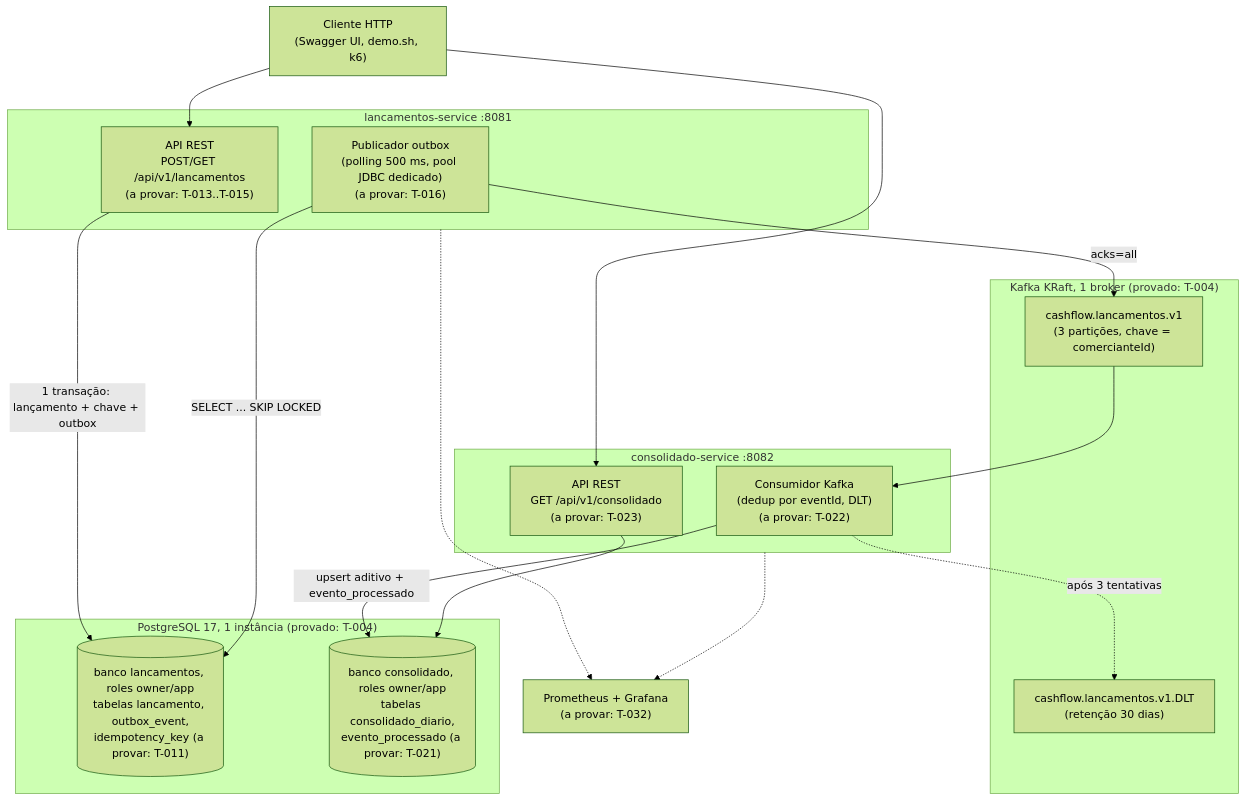
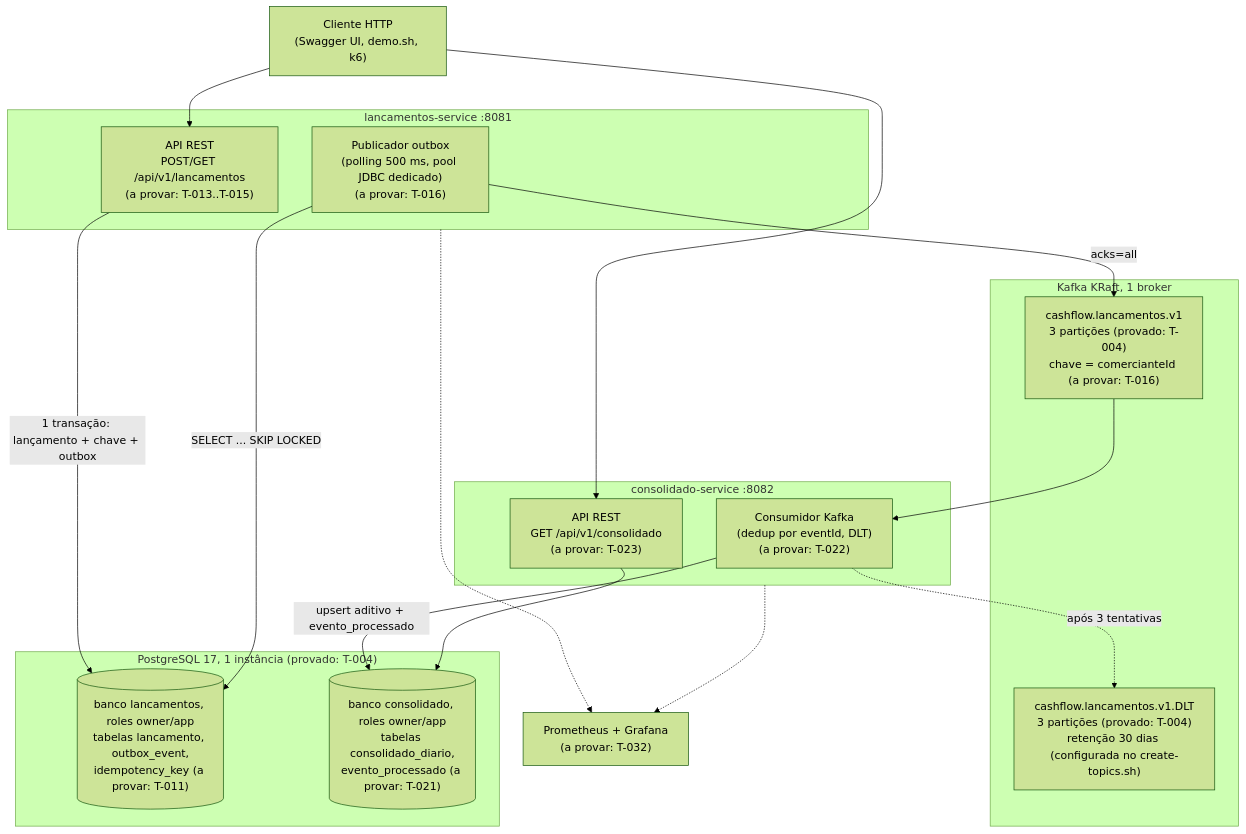
The second of 4 diagrams in docs/architecture/architecture.md (VictorLeaSilva/cashflow-platform), drawn with Mermaid (forest theme) before and after one commit. The commit also changed other lines of this file and 6 other files, not shown here.

````diff
--- a/docs/architecture/architecture.md
+++ b/docs/architecture/architecture.md
@@ -74,38 +74,38 @@
 ```mermaid
 flowchart TB
     cli["Cliente HTTP<br/>(Swagger UI, demo.sh, k6)"]
 
     subgraph L["lancamentos-service :8081"]
       lapi["API REST<br/>POST/GET /api/v1/lancamentos<br/>(a provar: T-013..T-015)"]
       lpub["Publicador outbox<br/>(polling 500 ms, pool JDBC dedicado)<br/>(a provar: T-016)"]
     end
 
     subgraph C["consolidado-service :8082"]
       capi["API REST<br/>GET /api/v1/consolidado<br/>(a provar: T-023)"]
       ccons["Consumidor Kafka<br/>(dedup por eventId, DLT)<br/>(a provar: T-022)"]
     end
 
     subgraph PG["PostgreSQL 17, 1 instância (provado: T-004)"]
       dbl[("banco lancamentos, roles owner/app<br/>tabelas lancamento, outbox_event,<br/>idempotency_key (a provar: T-011)")]
       dbc[("banco consolidado, roles owner/app<br/>tabelas consolidado_diario,<br/>evento_processado (a provar: T-021)")]
     end
 
-    subgraph K["Kafka KRaft, 1 broker (provado: T-004)"]
-      t["cashflow.lancamentos.v1<br/>(3 partições, chave = comercianteId)"]
-      dlt["cashflow.lancamentos.v1.DLT<br/>(retenção 30 dias)"]
+    subgraph K["Kafka KRaft, 1 broker"]
+      t["cashflow.lancamentos.v1<br/>3 partições (provado: T-004)<br/>chave = comercianteId (a provar: T-016)"]
+      dlt["cashflow.lancamentos.v1.DLT<br/>3 partições (provado: T-004)<br/>retenção 30 dias (configurada no create-topics.sh)"]
     end
 
     prom["Prometheus + Grafana<br/>(a provar: T-032)"]
 
     cli --> lapi
     cli --> capi
     lapi -->|"1 transação: lançamento + chave + outbox"| dbl
     lpub -->|"SELECT ... SKIP LOCKED"| dbl
     lpub -->|"acks=all"| t
     t --> ccons
     ccons -->|"upsert aditivo + evento_processado"| dbc
     ccons -.->|"após 3 tentativas"| dlt
     capi --> dbc
     L -.-> prom
     C -.-> prom
 ```
````
